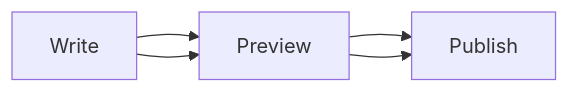
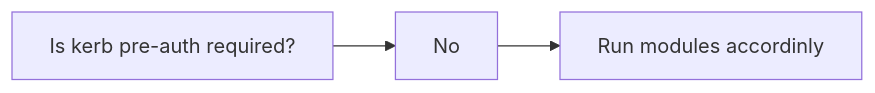
The diagram in notes/ad/exploitation.md (creighton-lewis/notes), drawn with Mermaid before and after one commit.

Commit message:
Update ASREPRoast details and flowchart
Clarified ASREPRoast attack explanation and updated flowchart.

````diff
--- a/notes/ad/exploitation.md
+++ b/notes/ad/exploitation.md
@@ -26,6 +26,5 @@
 ```mermaid
 flowchart LR
-    A[Write] --> B[Preview] --> C[Publish]
-    A[Write] --> B[Preview] --> C[Publish]
+    A[Is kerb pre-auth required? ] --> B[No] --> C[Run modules accordinly]
 
 ```
````
